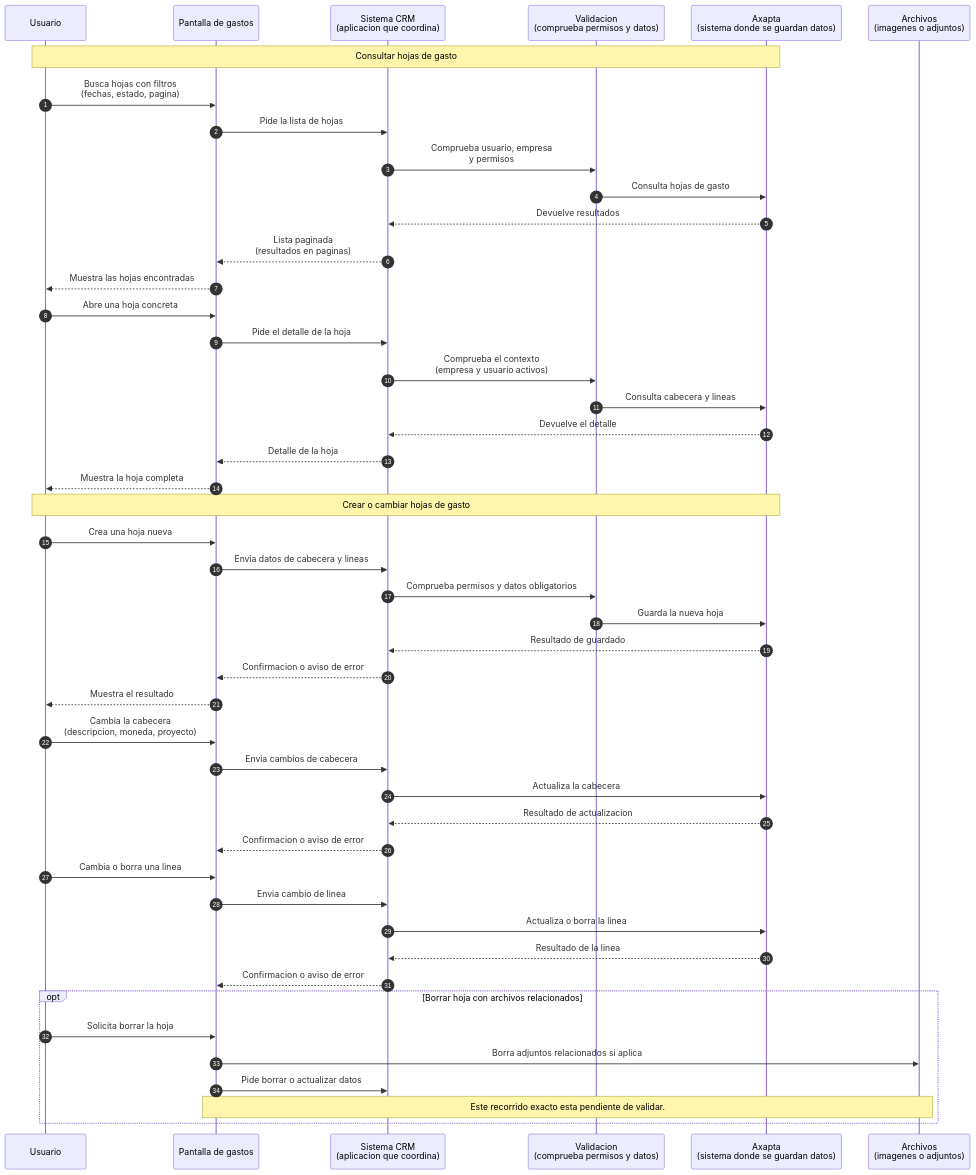
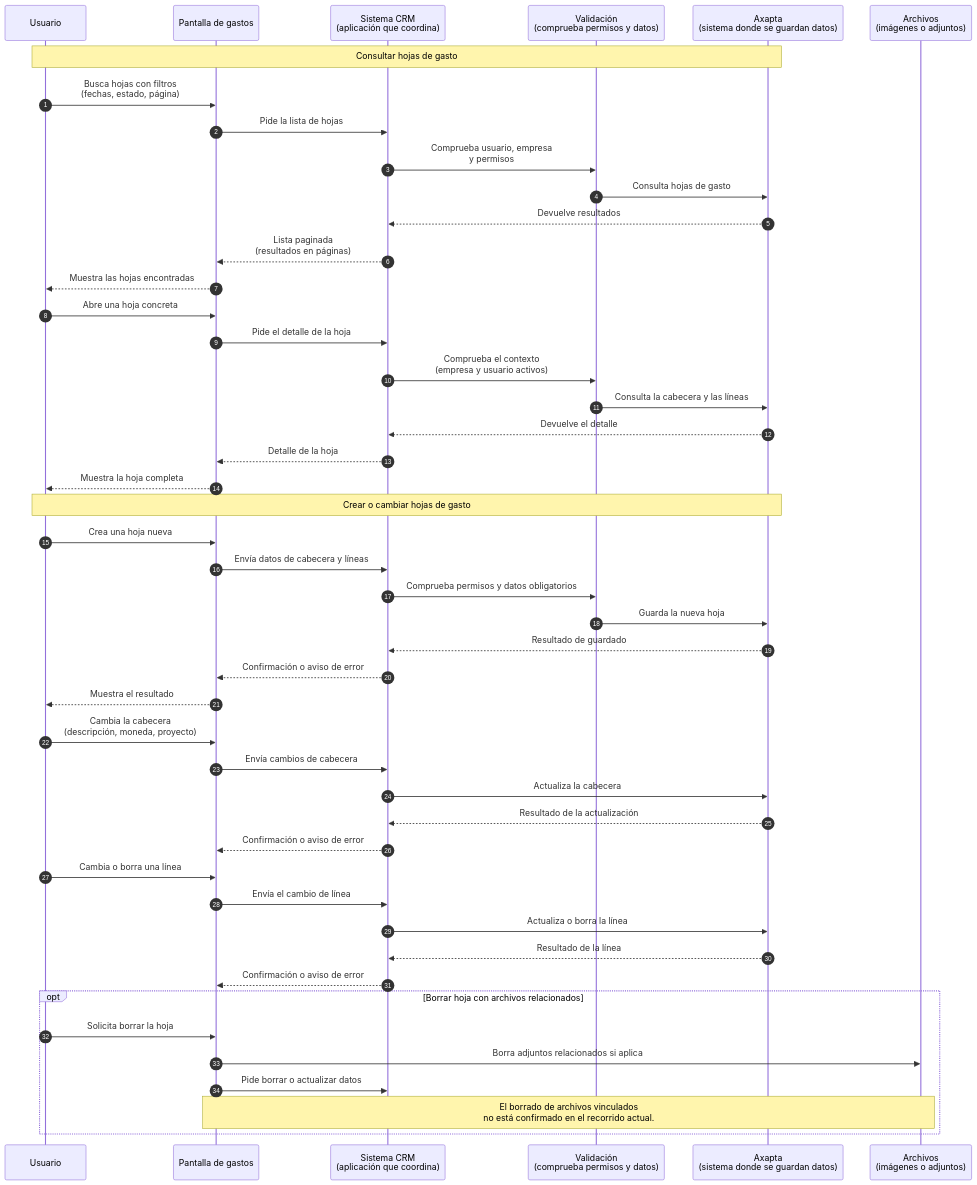
Before and after one commit to INDMAME/IND_CRM_API: the diagram in docs/architecture/diagrams/user/expenses/expense-sheets.md, drawn with Mermaid. The commit also changed other lines of this file and 314 other files, not shown here.

````diff
--- a/docs/architecture/diagrams/user/expenses/expense-sheets.md
+++ b/docs/architecture/diagrams/user/expenses/expense-sheets.md
@@ -10,55 +9,55 @@
 ```mermaid
 sequenceDiagram
   autonumber
   participant User as Usuario
   participant Screen as Pantalla de gastos
-  participant System as Sistema CRM<br/>(aplicacion que coordina)
-  participant Check as Validacion<br/>(comprueba permisos y datos)
+  participant System as Sistema CRM<br/>(aplicación que coordina)
+  participant Check as Validación<br/>(comprueba permisos y datos)
   participant Ax as Axapta<br/>(sistema donde se guardan datos)
-  participant Files as Archivos<br/>(imagenes o adjuntos)
+  participant Files as Archivos<br/>(imágenes o adjuntos)
 
   Note over User,Ax: Consultar hojas de gasto
-    User->>Screen: Busca hojas con filtros<br/>(fechas, estado, pagina)
+    User->>Screen: Busca hojas con filtros<br/>(fechas, estado, página)
     Screen->>System: Pide la lista de hojas
     System->>Check: Comprueba usuario, empresa<br/>y permisos
     Check->>Ax: Consulta hojas de gasto
     Ax-->>System: Devuelve resultados
-    System-->>Screen: Lista paginada<br/>(resultados en paginas)
+    System-->>Screen: Lista paginada<br/>(resultados en páginas)
     Screen-->>User: Muestra las hojas encontradas
 
     User->>Screen: Abre una hoja concreta
     Screen->>System: Pide el detalle de la hoja
     System->>Check: Comprueba el contexto<br/>(empresa y usuario activos)
-    Check->>Ax: Consulta cabecera y lineas
+    Check->>Ax: Consulta la cabecera y las líneas
     Ax-->>System: Devuelve el detalle
     System-->>Screen: Detalle de la hoja
     Screen-->>User: Muestra la hoja completa
 
   Note over User,Ax: Crear o cambiar hojas de gasto
     User->>Screen: Crea una hoja nueva
-    Screen->>System: Envia datos de cabecera y lineas
+    Screen->>System: Envía datos de cabecera y líneas
     System->>Check: Comprueba permisos y datos obligatorios
     Check->>Ax: Guarda la nueva hoja
     Ax-->>System: Resultado de guardado
-    System-->>Screen: Confirmacion o aviso de error
+    System-->>Screen: Confirmación o aviso de error
     Screen-->>User: Muestra el resultado
 
-    User->>Screen: Cambia la cabecera<br/>(descripcion, moneda, proyecto)
-    Screen->>System: Envia cambios de cabecera
+    User->>Screen: Cambia la cabecera<br/>(descripción, moneda, proyecto)
+    Screen->>System: Envía cambios de cabecera
     System->>Ax: Actualiza la cabecera
-    Ax-->>System: Resultado de actualizacion
-    System-->>Screen: Confirmacion o aviso de error
+    Ax-->>System: Resultado de la actualización
+    System-->>Screen: Confirmación o aviso de error
 
-    User->>Screen: Cambia o borra una linea
-    Screen->>System: Envia cambio de linea
-    System->>Ax: Actualiza o borra la linea
-    Ax-->>System: Resultado de la linea
-    System-->>Screen: Confirmacion o aviso de error
+    User->>Screen: Cambia o borra una línea
+    Screen->>System: Envía el cambio de línea
+    System->>Ax: Actualiza o borra la línea
+    Ax-->>System: Resultado de la línea
+    System-->>Screen: Confirmación o aviso de error
 
   opt Borrar hoja con archivos relacionados
     User->>Screen: Solicita borrar la hoja
     Screen->>Files: Borra adjuntos relacionados si aplica
     Screen->>System: Pide borrar o actualizar datos
-    Note over Screen,Files: Este recorrido exacto esta pendiente de validar.
+    Note over Screen,Files: El borrado de archivos vinculados<br/>no está confirmado en el recorrido actual.
   end
 ```
````
